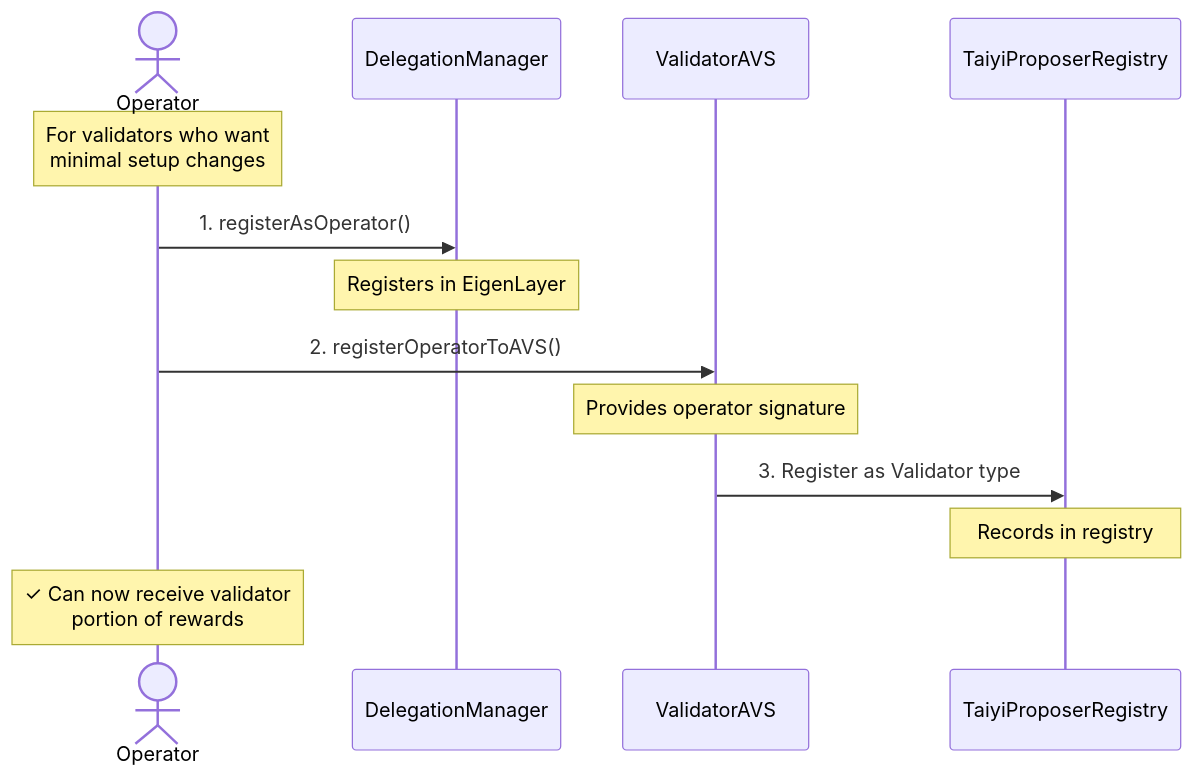
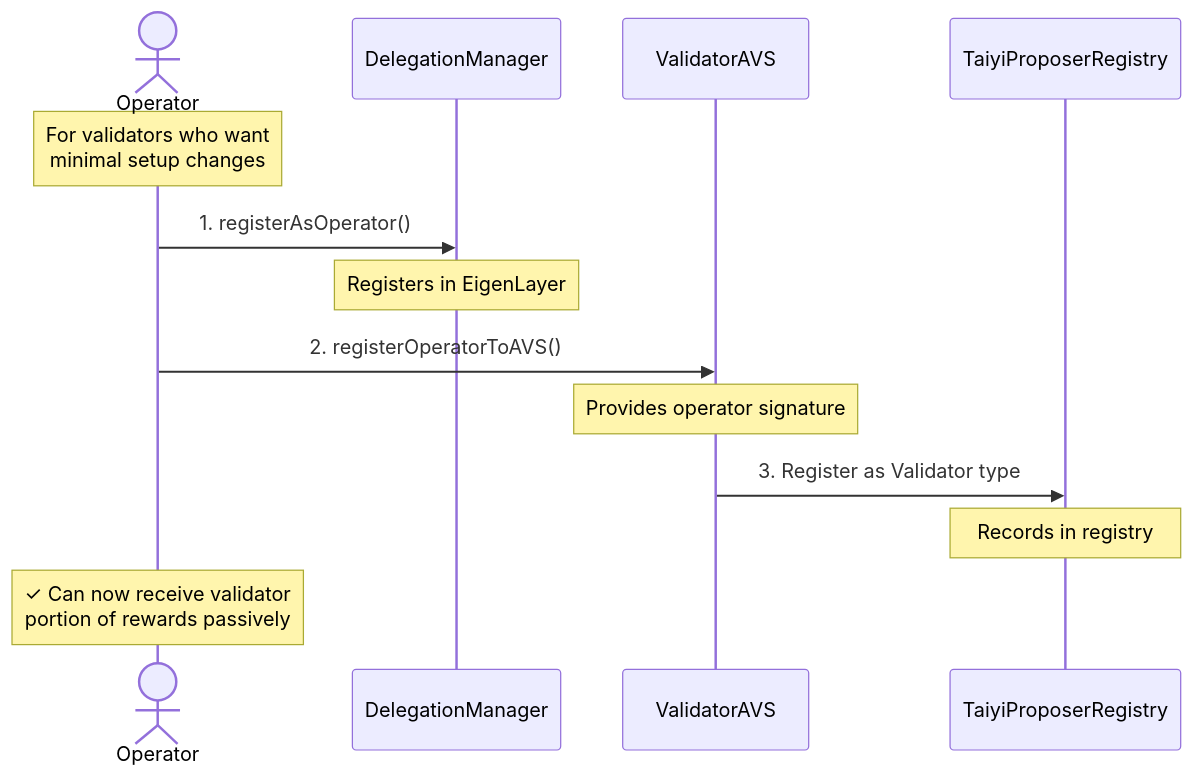
Before and after one commit to lu-bann/taiyi: the second of 4 diagrams in docs/learn/architecture/on_chain_components/avs_middleware_contracts.mdx, drawn with Mermaid. The commit also changed other lines of this file and 3 other files, not shown here.

````diff
--- a/docs/learn/architecture/on_chain_components/avs_middleware_contracts.mdx
+++ b/docs/learn/architecture/on_chain_components/avs_middleware_contracts.mdx
@@ -62,20 +46,20 @@
 ```mermaid
 sequenceDiagram
     actor Operator
     participant DM as DelegationManager
     participant VAVS as ValidatorAVS
     participant TPR as TaiyiProposerRegistry
     
     Note over Operator: For validators who want<br/>minimal setup changes
     
     Operator->>DM: 1. registerAsOperator()
     Note over DM: Registers in EigenLayer
     
     Operator->>VAVS: 2. registerOperatorToAVS()
     Note over VAVS: Provides operator signature
     
     VAVS->>TPR: 3. Register as Validator type
     Note over TPR: Records in registry
     
-    Note over Operator: ✓ Can now receive validator<br/>portion of rewards
+    Note over Operator: ✓ Can now receive validator<br/>portion of rewards passively
 ```
````
